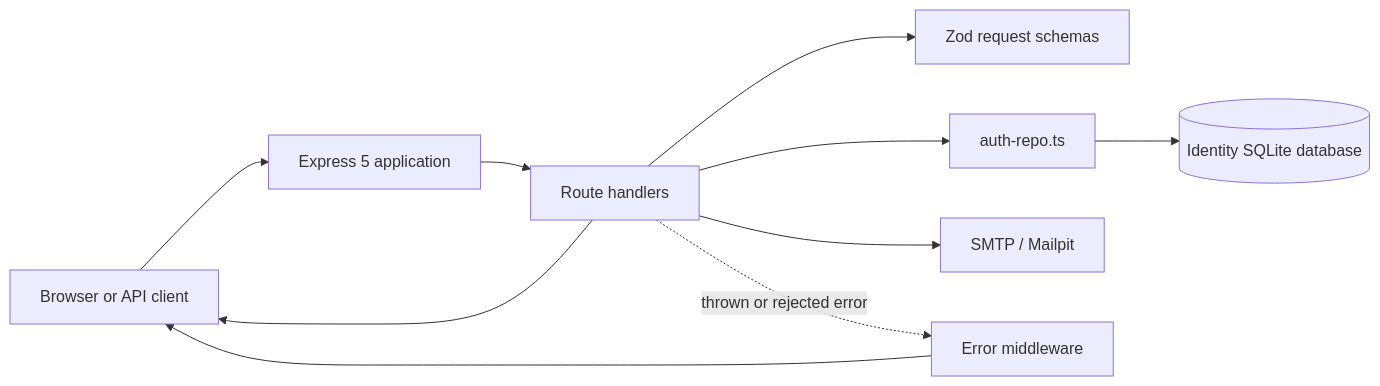
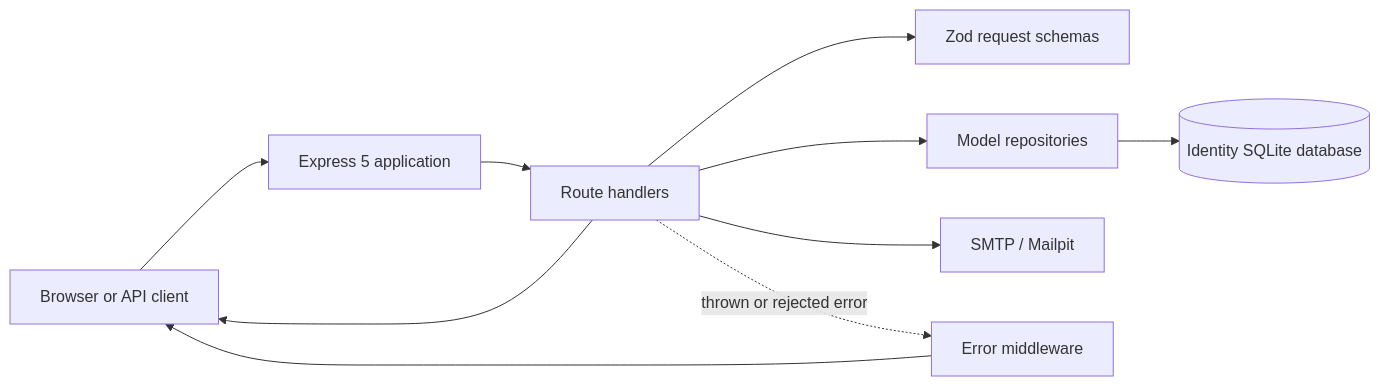
The first of 3 diagrams in auth/README.md (h19overflow/stubhub), drawn with Mermaid before and after one commit. The commit also changed other lines of this file and 20 other files, not shown here.

````diff
--- a/auth/README.md
+++ b/auth/README.md
@@ -36,21 +38,21 @@
 ```mermaid
 flowchart LR
     Client[Browser or API client]
     Express[Express 5 application]
     Routes[Route handlers]
     Schemas[Zod request schemas]
-    Repo[auth-repo.ts]
+    Repo[Model repositories]
     SQLite[(Identity SQLite database)]
     SMTP[SMTP / Mailpit]
     Errors[Error middleware]
 
     Client --> Express
     Express --> Routes
     Routes --> Schemas
     Routes --> Repo
     Repo --> SQLite
     Routes --> SMTP
     Routes -. thrown or rejected error .-> Errors
     Errors --> Client
     Routes --> Client
 ```
````
